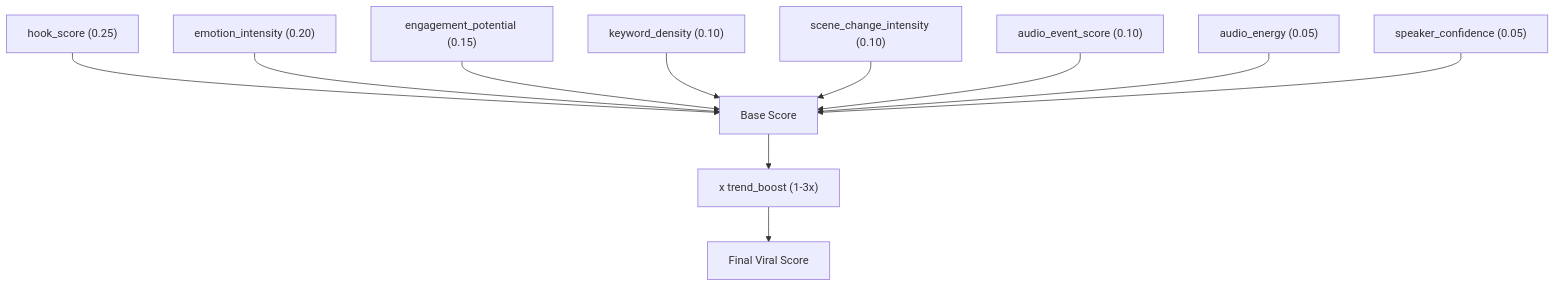
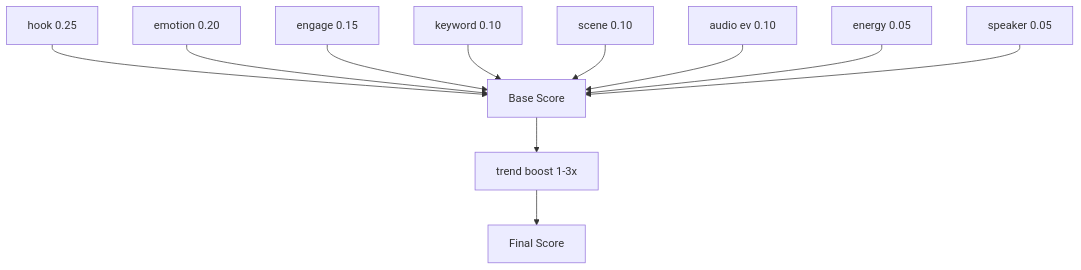
One commit to CipherCosmos/ClipForge changed the third of 3 diagrams in README.md. Above: the diagram before and after it, drawn with Mermaid. The commit also changed other lines of this file, not shown here.

Commit message:
simplified mermaid syntax for github compatibility

````diff
--- a/README.md
+++ b/README.md
@@ -117,13 +112,13 @@
 ```mermaid
-flowchart TD
-    H["hook_score (0.25)"] --> FINAL
-    E["emotion_intensity (0.20)"] --> FINAL
-    EN["engagement_potential (0.15)"] --> FINAL
-    K["keyword_density (0.10)"] --> FINAL
-    SC["scene_change_intensity (0.10)"] --> FINAL
-    AE["audio_event_score (0.10)"] --> FINAL
-    AEG["audio_energy (0.05)"] --> FINAL
-    SP["speaker_confidence (0.05)"] --> FINAL
-    FINAL["Base Score"] --> BOOST["x trend_boost (1-3x)"]
-    BOOST --> RESULT["Final Viral Score"]
+graph TD
+    H[hook 0.25] --> F
+    E[emotion 0.20] --> F
+    EN[engage 0.15] --> F
+    K[keyword 0.10] --> F
+    SC[scene 0.10] --> F
+    AE[audio ev 0.10] --> F
+    AEG[energy 0.05] --> F
+    SP[speaker 0.05] --> F
+    F[Base Score] --> B[trend boost 1-3x]
+    B --> R[Final Score]
 ```
````
